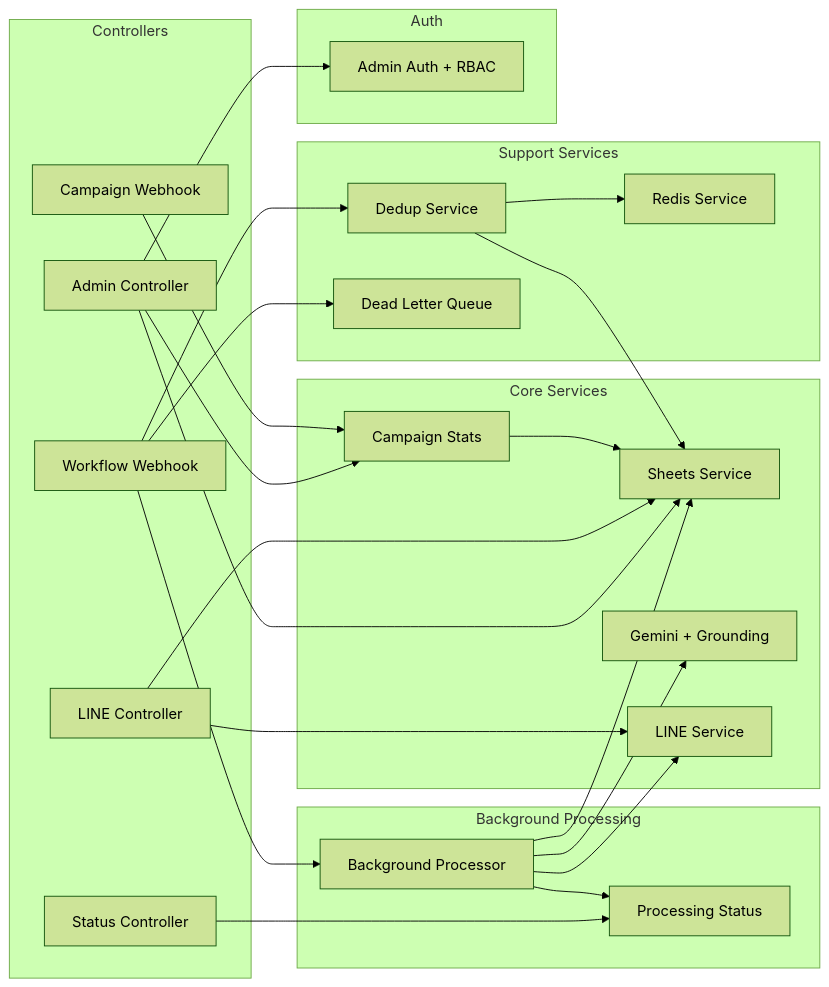
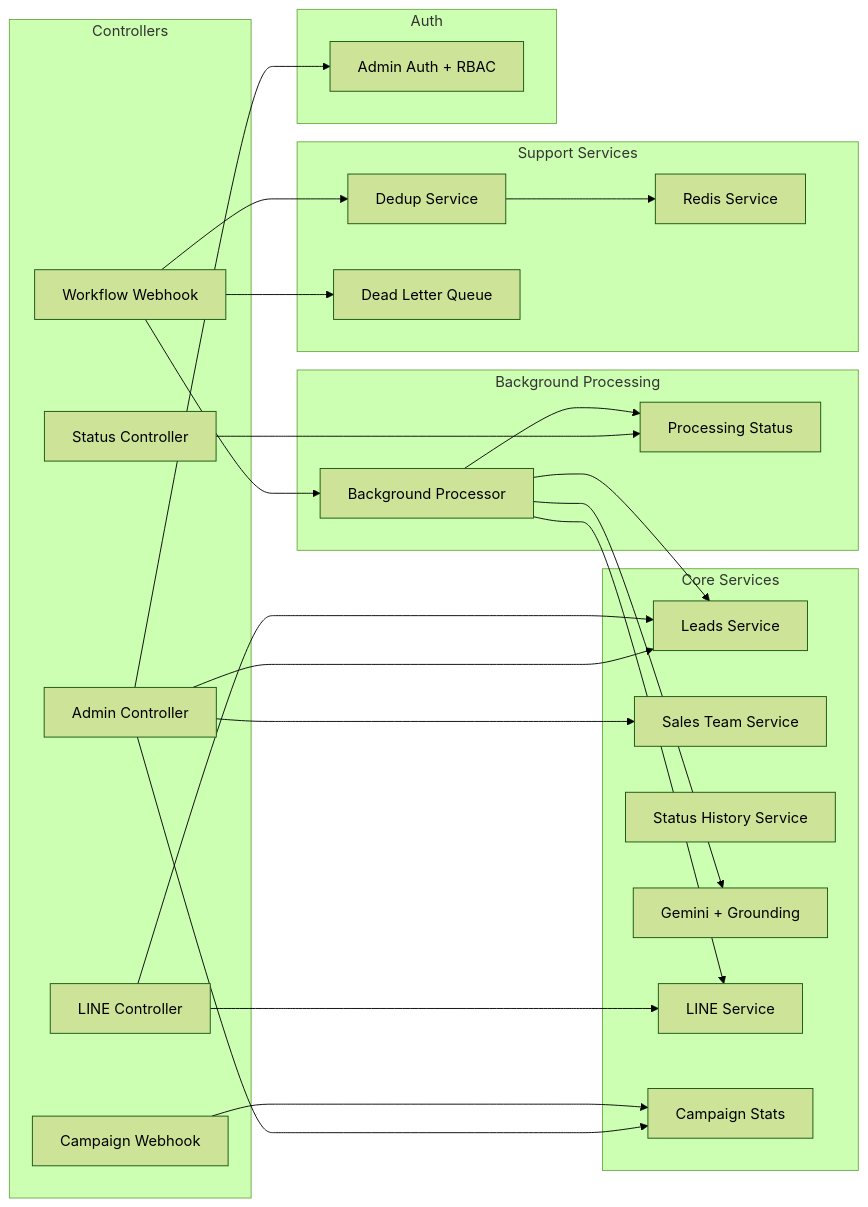
The seventh of 12 diagrams in docs/ARCHITECTURE.md (Jirawatpyk/ENEOS-Sales-Automation), drawn with Mermaid (forest theme) before and after one commit. The commit also changed other lines of this file and 40 other files, not shown here.

````diff
--- a/docs/ARCHITECTURE.md
+++ b/docs/ARCHITECTURE.md
@@ -343,54 +347,55 @@
 ```mermaid
 graph LR
     subgraph Controllers
         WC[Workflow Webhook]
         CC[Campaign Webhook]
         LC[LINE Controller]
         AC[Admin Controller]
         SC[Status Controller]
     end
 
     subgraph Background Processing
         BP[Background Processor]
         PS[Processing Status]
     end
 
     subgraph Core Services
-        SS[Sheets Service]
+        LeadS[Leads Service]
+        STS[Sales Team Service]
+        SHS[Status History Service]
         GS[Gemini + Grounding]
         LS[LINE Service]
         CS[Campaign Stats]
     end
 
     subgraph Support Services
         DS[Dedup Service]
         DLQ[Dead Letter Queue]
         RS[Redis Service]
     end
 
     subgraph Auth
         AA[Admin Auth + RBAC]
     end
 
     WC --> DS
     WC --> BP
     BP --> GS
-    BP --> SS
+    BP --> LeadS
     BP --> LS
     BP --> PS
     SC --> PS
     WC --> DLQ
 
     CC --> CS
-    CS --> SS
 
-    LC --> SS
+    LC --> LeadS
     LC --> LS
 
     AC --> AA
-    AC --> SS
+    AC --> LeadS
+    AC --> STS
     AC --> CS
 
-    DS --> SS
     DS --> RS
 ```
````
